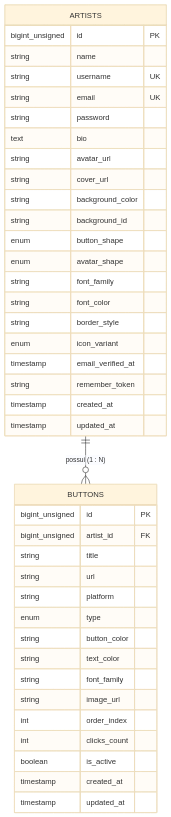
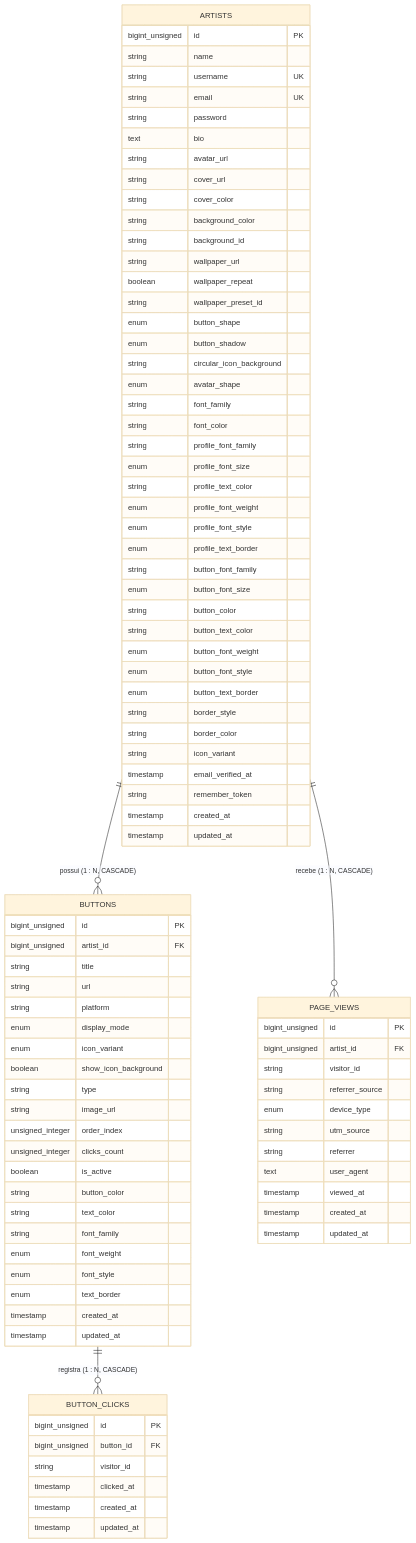
One commit to pinhogo/assinart_v1-back changed the diagram in context/data_dictionary.md. Above: the diagram before and after it, drawn with Mermaid (base theme). The commit also changed other lines of this file and 5 other files, not shown here.

````diff
--- a/context/data_dictionary.md
+++ b/context/data_dictionary.md
@@ -13,6 +13,31 @@
 ```mermaid
 erDiagram
-    ARTISTS ||--o{ BUTTONS : "possui (1 : N)"
+    ARTISTS ||--o{ BUTTONS : "possui (1 : N, CASCADE)"
+    ARTISTS ||--o{ PAGE_VIEWS : "recebe (1 : N, CASCADE)"
+    BUTTONS ||--o{ BUTTON_CLICKS : "registra (1 : N, CASCADE)"
+
+    PAGE_VIEWS {
+        bigint_unsigned id PK
+        bigint_unsigned artist_id FK
+        string visitor_id
+        string referrer_source
+        enum device_type
+        string utm_source
+        string referrer
+        text user_agent
+        timestamp viewed_at
+        timestamp created_at
+        timestamp updated_at
+    }
+
+    BUTTON_CLICKS {
+        bigint_unsigned id PK
+        bigint_unsigned button_id FK
+        string visitor_id
+        timestamp clicked_at
+        timestamp created_at
+        timestamp updated_at
+    }
 
     ARTISTS {
         bigint_unsigned id PK
@@ -23,14 +48,34 @@
         text bio
         string avatar_url
         string cover_url
+        string cover_color
         string background_color
         string background_id
+        string wallpaper_url
+        boolean wallpaper_repeat
+        string wallpaper_preset_id
         enum button_shape
+        enum button_shadow
+        string circular_icon_background
         enum avatar_shape
         string font_family
         string font_color
+        string profile_font_family
+        enum profile_font_size
+        string profile_text_color
+        enum profile_font_weight
+        enum profile_font_style
+        enum profile_text_border
+        string button_font_family
+        enum button_font_size
+        string button_color
+        string button_text_color
+        enum button_font_weight
+        enum button_font_style
+        enum button_text_border
         string border_style
-        enum icon_variant
+        string border_color
+        string icon_variant
         timestamp email_verified_at
         string remember_token
         timestamp created_at
@@ -43,14 +88,20 @@
         string title
         string url
         string platform
-        enum type
+        enum display_mode
+        enum icon_variant
+        boolean show_icon_background
+        string type
+        string image_url
+        unsigned_integer order_index
+        unsigned_integer clicks_count
+        boolean is_active
         string button_color
         string text_color
         string font_family
-        string image_url
-        int order_index
-        int clicks_count
-        boolean is_active
+        enum font_weight
+        enum font_style
+        enum text_border
         timestamp created_at
         timestamp updated_at
     }
````
